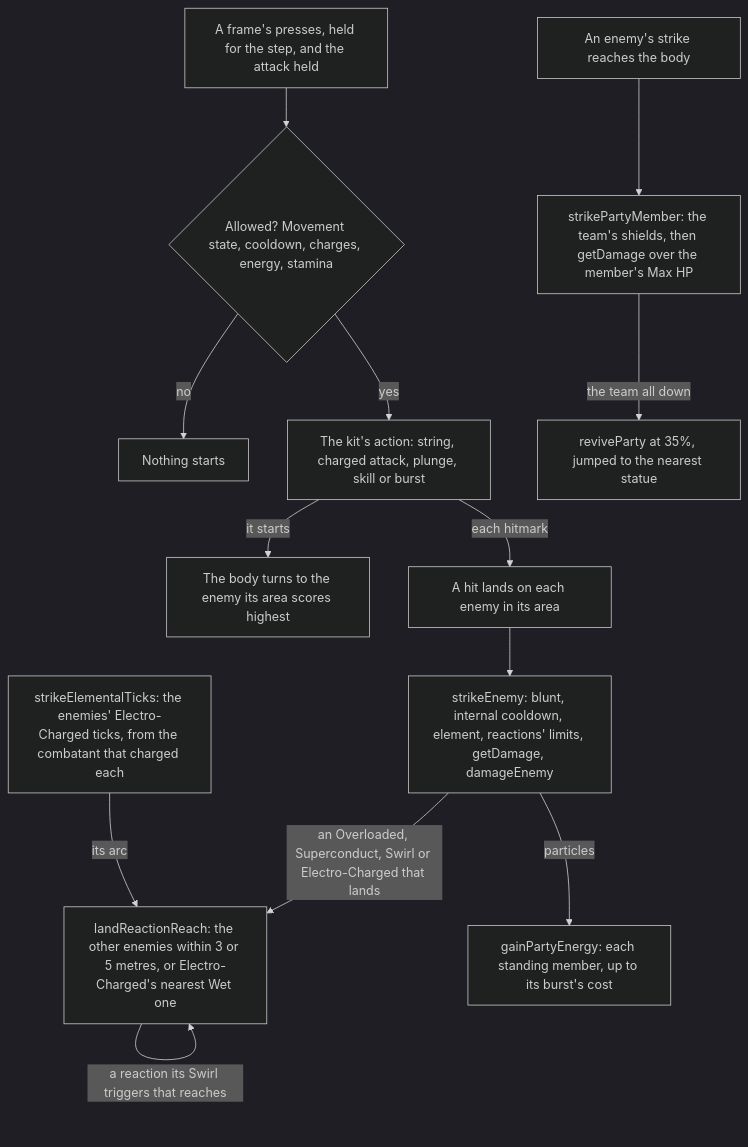
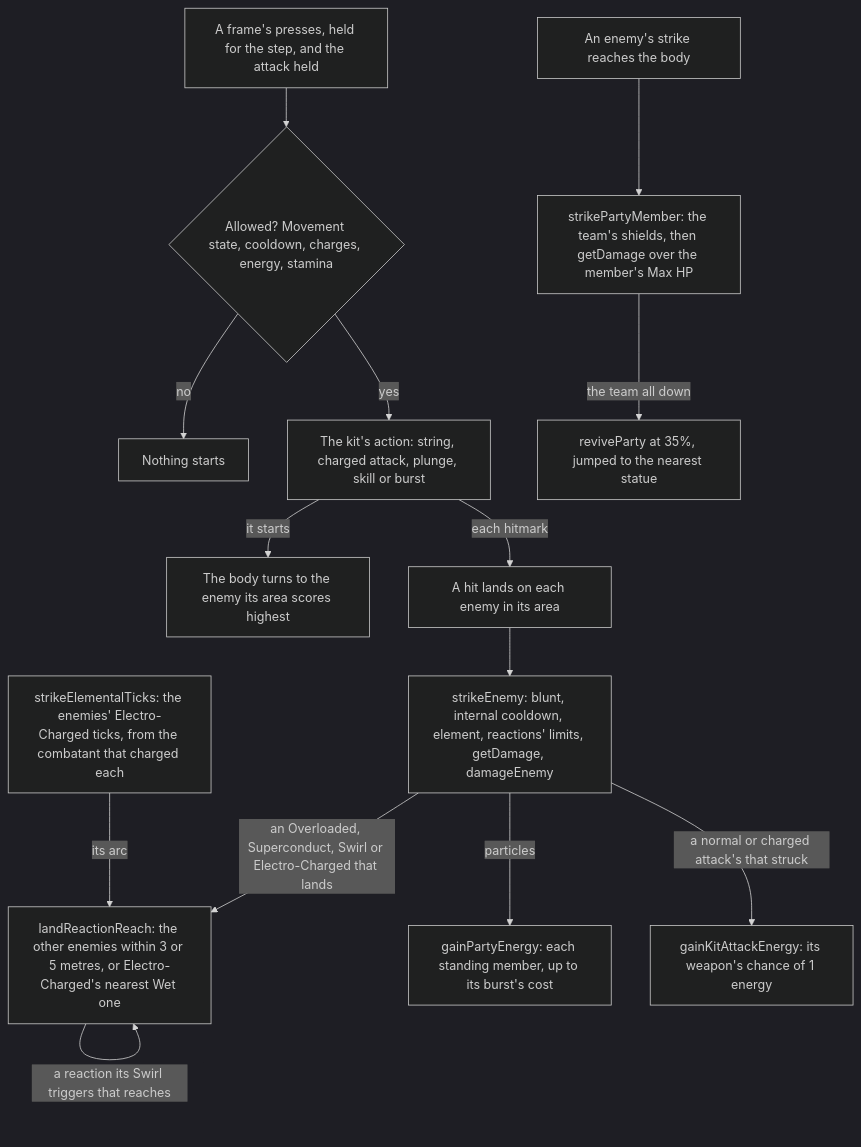
Before and after one commit to Esposter/Esposter: the second of 2 diagrams in apps/web/content/docs/genshin/combat.md, drawn with Mermaid (dark theme). The commit also changed other lines of this file and 15 other files, not shown here.

First line of the commit message:
feat(genshin-world): a normal or charged attack's hit that strikes an enemy has its weapon's chance to give its character 1 energy, rising with each miss

````diff
--- a/apps/web/content/docs/genshin/combat.md
+++ b/apps/web/content/docs/genshin/combat.md
@@ -122,15 +124,16 @@
 ```mermaid
 flowchart TD
   PRESS["A frame's presses, held for the step, and the attack held"] --> GATE{"Allowed? Movement state, cooldown, charges, energy, stamina"}
   GATE -->|"no"| IDLE["Nothing starts"]
   GATE -->|"yes"| ACTION["The kit's action: string, charged attack, plunge, skill or burst"]
   ACTION -->|"it starts"| AIM["The body turns to the enemy its area scores highest"]
   ACTION -->|"each hitmark"| HIT["A hit lands on each enemy in its area"]
   HIT --> STRIKE["strikeEnemy: blunt, internal cooldown, element, reactions' limits, getDamage, damageEnemy"]
   STRIKE -->|"an Overloaded, Superconduct, Swirl or Electro-Charged that lands"| REACH["landReactionReach: the other enemies within 3 or 5 metres, or Electro-Charged's nearest Wet one"]
   REACH -->|"a reaction its Swirl triggers that reaches"| REACH
   TICKS["strikeElementalTicks: the enemies' Electro-Charged ticks, from the combatant that charged each"] -->|"its arc"| REACH
   STRIKE -->|"particles"| ENERGY["gainPartyEnergy: each standing member, up to its burst's cost"]
+  STRIKE -->|"a normal or charged attack's that struck"| ATTACK_ENERGY["gainKitAttackEnergy: its weapon's chance of 1 energy"]
   ENEMY["An enemy's strike reaches the body"] --> HURT["strikePartyMember: the team's shields, then getDamage over the member's Max HP"]
   HURT -->|"the team all down"| RESPAWN["reviveParty at 35%, jumped to the nearest statue"]
 ```
````
